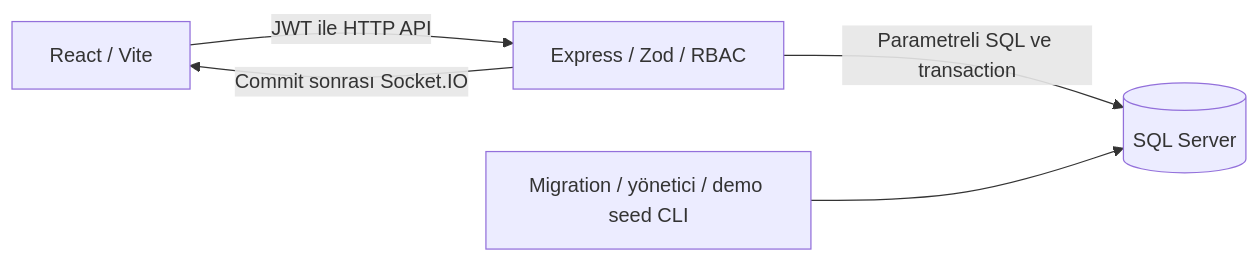
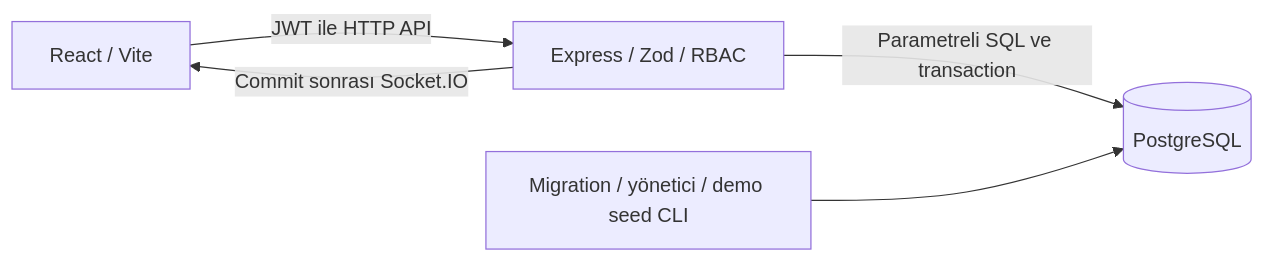
Before and after one commit to mertmak/gks: the diagram in README.md, drawn with Mermaid. The commit also changed other lines of this file and 7 other files, not shown here.

First line of the commit message:
Belgeleri PostgreSQL ve tek sunuculu kuruluma göre güncelle

````diff
--- a/README.md
+++ b/README.md
@@ -23,7 +23,7 @@
 ```mermaid
 flowchart LR
     UI[React / Vite] -->|JWT ile HTTP API| API[Express / Zod / RBAC]
-    API -->|Parametreli SQL ve transaction| DB[(SQL Server)]
+    API -->|Parametreli SQL ve transaction| DB[(PostgreSQL)]
     API -->|Commit sonrası Socket.IO| UI
     CLI[Migration / yönetici / demo seed CLI] --> DB
 ```
````
